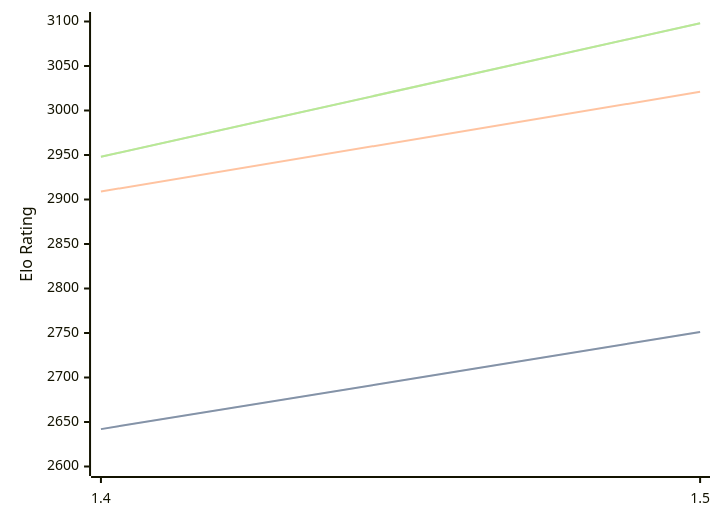
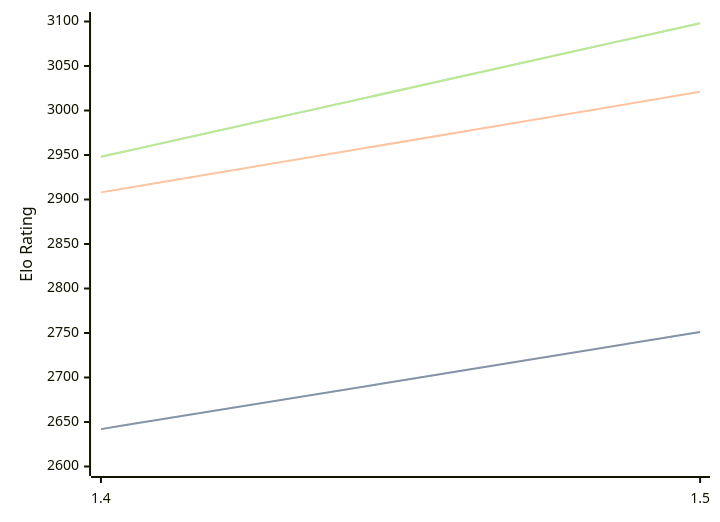
Before and after one commit to computer-chess-index/cci: the first of 3 diagrams in engines/Yakka.md, drawn with Mermaid. The commit also changed other lines of this file, not shown here.

````diff
--- a/engines/Yakka.md
+++ b/engines/Yakka.md
@@ -36,11 +36,11 @@
 ```mermaid
 %%{init: {"theme":"base","themeVariables":{"seriesColors:['#a3a3a3','#222221','#faa371']}}}%%
 xychart-beta
   x-axis ["1.4", "1.5"]
   y-axis "Elo Rating" 2600 --> 3100
   line "STC (8.0+0.08s)" [2642, 2751]
   line "STC (8.0+0.08s)" [2642, 2751]
-  line "LTC (60.0+0.60s)" [2909, 3021]
+  line "LTC (60.0+0.60s)" [2908, 3021]
   line "VLTC (2m24s+1.12s)" [2948, 3098]
   line "VLTC (2m24s+1.12s)" [2948, 3098]
 ```
````
